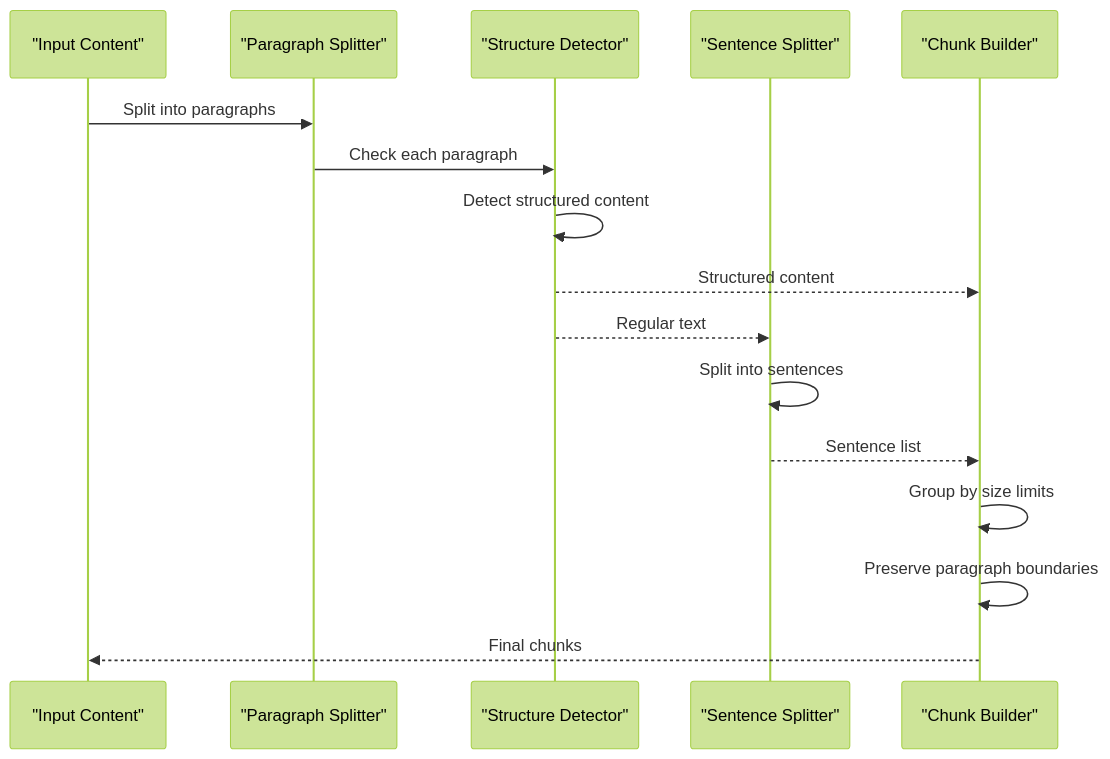
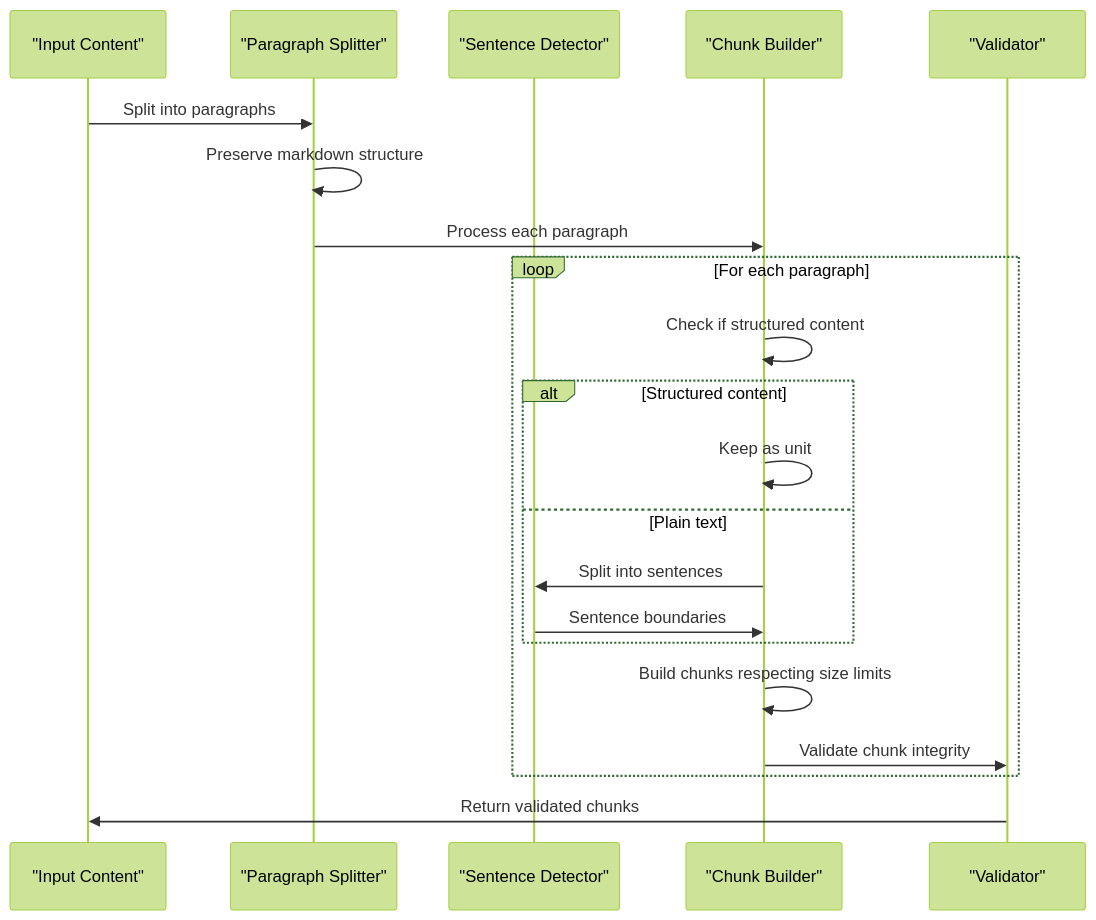
The seventh of 10 diagrams in .qoder/repowiki/en/content/Chunking Strategies/Sentences Strategy.md (asukhodko/dify-markdown-chunker), drawn with Mermaid (forest theme) before and after one commit. The commit also changed other lines of this file and 205 other files, not shown here.

````diff
--- a/.qoder/repowiki/en/content/Chunking Strategies/Sentences Strategy.md
+++ b/.qoder/repowiki/en/content/Chunking Strategies/Sentences Strategy.md
@@ -262,18 +302,23 @@
 ```mermaid
 sequenceDiagram
 participant Input as "Input Content"
 participant Para as "Paragraph Splitter"
-participant Struct as "Structure Detector"
-participant Sent as "Sentence Splitter"
+participant Sent as "Sentence Detector"
 participant Chunk as "Chunk Builder"
+participant Val as "Validator"
 Input->>Para : Split into paragraphs
-Para->>Struct : Check each paragraph
-Struct->>Struct : Detect structured content
-Struct-->>Chunk : Structured content
-Struct-->>Sent : Regular text
-Sent->>Sent : Split into sentences
-Sent-->>Chunk : Sentence list
-Chunk->>Chunk : Group by size limits
-Chunk->>Chunk : Preserve paragraph boundaries
-Chunk-->>Input : Final chunks
+Para->>Para : Preserve markdown structure
+Para->>Chunk : Process each paragraph
+loop For each paragraph
+Chunk->>Chunk : Check if structured content
+alt Structured content
+Chunk->>Chunk : Keep as unit
+else Plain text
+Chunk->>Sent : Split into sentences
+Sent->>Chunk : Sentence boundaries
+end
+Chunk->>Chunk : Build chunks respecting size limits
+Chunk->>Val : Validate chunk integrity
+end
+Val->>Input : Return validated chunks
 ```
````
